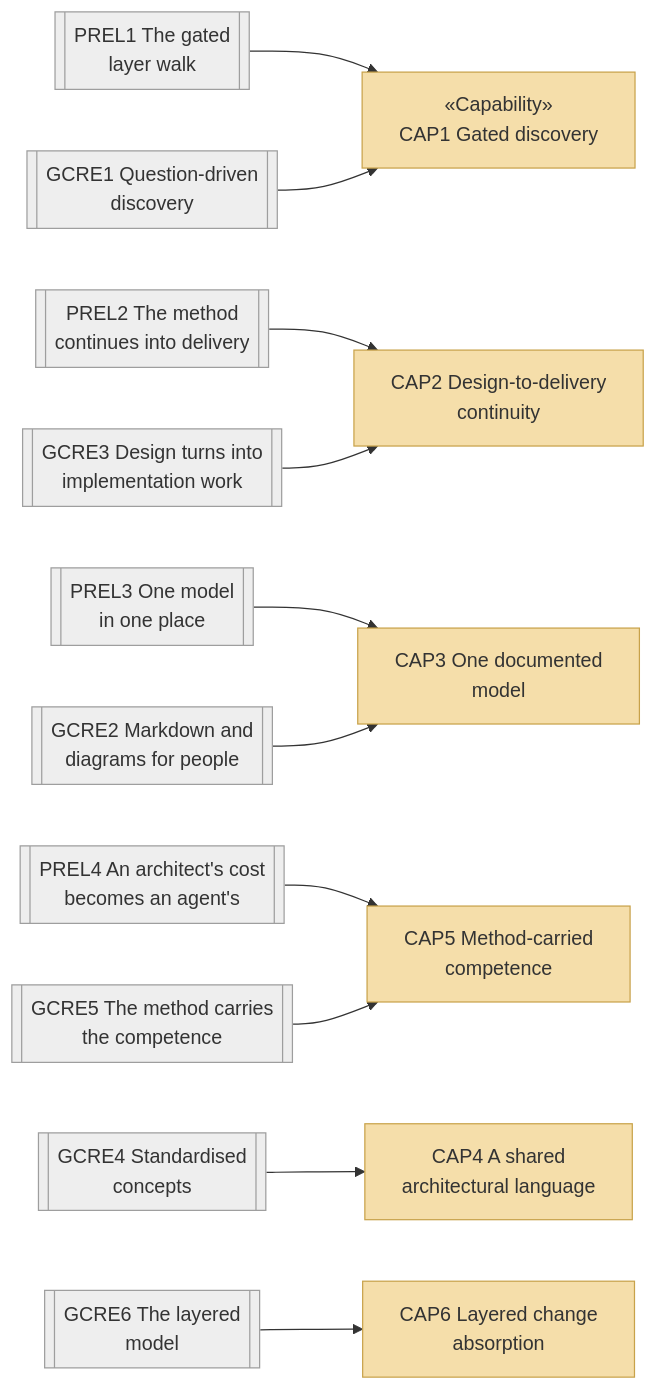
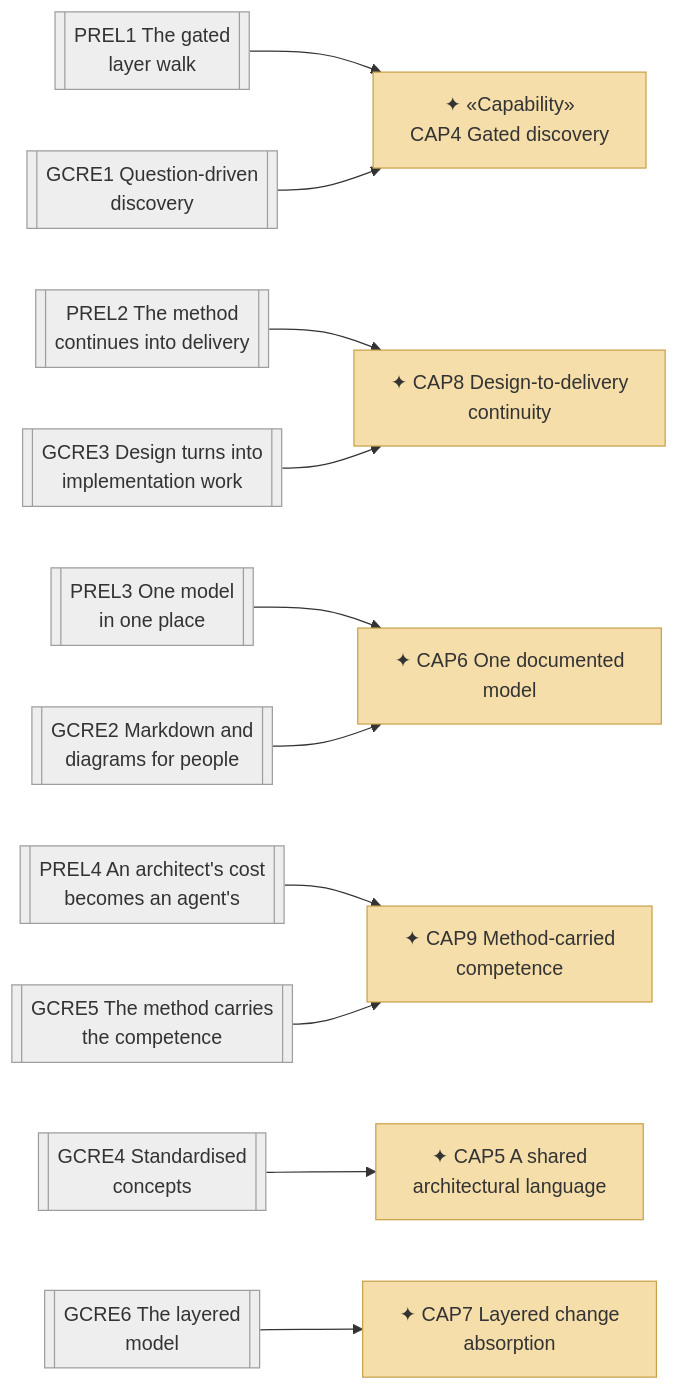
The third of 6 diagrams in organization/docs/ea/1_strategy/2_capabilities-and-resources.md (roanboc/architecture-archreator), drawn with Mermaid before and after one commit. The commit also changed other lines of this file and 7 other files, not shown here.

````diff
--- a/organization/docs/ea/1_strategy/2_capabilities-and-resources.md
+++ b/organization/docs/ea/1_strategy/2_capabilities-and-resources.md
@@ -60,34 +119,34 @@
 ```mermaid
 flowchart LR
   prel1[["PREL1 The gated<br>layer walk"]]:::canvas
   prel2[["PREL2 The method<br>continues into delivery"]]:::canvas
   prel3[["PREL3 One model<br>in one place"]]:::canvas
   prel4[["PREL4 An architect's cost<br>becomes an agent's"]]:::canvas
   gcre1[["GCRE1 Question-driven<br>discovery"]]:::canvas
   gcre2[["GCRE2 Markdown and<br>diagrams for people"]]:::canvas
   gcre3[["GCRE3 Design turns into<br>implementation work"]]:::canvas
   gcre4[["GCRE4 Standardised<br>concepts"]]:::canvas
   gcre5[["GCRE5 The method carries<br>the competence"]]:::canvas
   gcre6[["GCRE6 The layered<br>model"]]:::canvas
 
-  cap1["«Capability»<br>CAP1 Gated discovery"]:::capability
-  cap2["CAP2 Design-to-delivery<br>continuity"]:::capability
-  cap3["CAP3 One documented<br>model"]:::capability
-  cap4["CAP4 A shared<br>architectural language"]:::capability
-  cap5["CAP5 Method-carried<br>competence"]:::capability
-  cap6["CAP6 Layered change<br>absorption"]:::capability
+  cap4["✦ «Capability»<br>CAP4 Gated discovery"]:::capability
+  cap5["✦ CAP5 A shared<br>architectural language"]:::capability
+  cap6["✦ CAP6 One documented<br>model"]:::capability
+  cap7["✦ CAP7 Layered change<br>absorption"]:::capability
+  cap8["✦ CAP8 Design-to-delivery<br>continuity"]:::capability
+  cap9["✦ CAP9 Method-carried<br>competence"]:::capability
 
-  prel1 --> cap1
-  gcre1 --> cap1
-  prel2 --> cap2
-  gcre3 --> cap2
-  prel3 --> cap3
-  gcre2 --> cap3
-  gcre4 --> cap4
-  prel4 --> cap5
-  gcre5 --> cap5
-  gcre6 --> cap6
+  prel1 --> cap4
+  gcre1 --> cap4
+  gcre4 --> cap5
+  prel3 --> cap6
+  gcre2 --> cap6
+  gcre6 --> cap7
+  prel2 --> cap8
+  gcre3 --> cap8
+  prel4 --> cap9
+  gcre5 --> cap9
 
   classDef canvas fill:#eeeeee,stroke:#9e9e9e,color:#333
   classDef capability fill:#f5deaa,stroke:#c8a24a,color:#333
 ```
````
